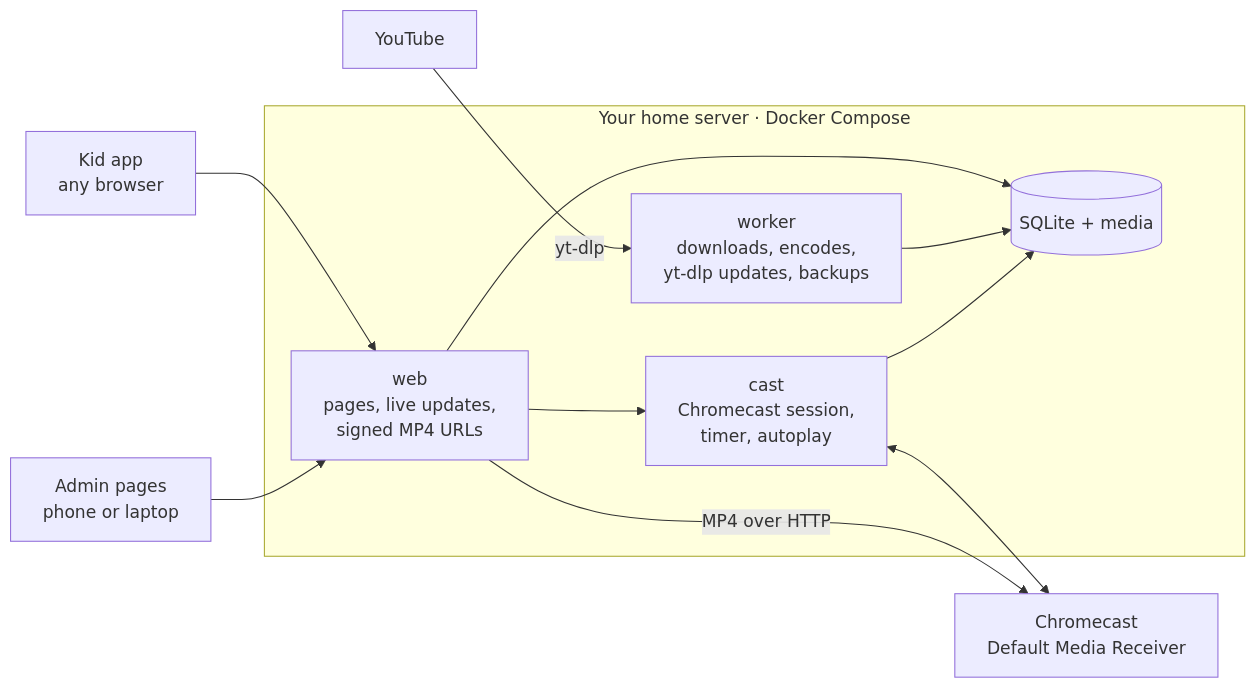
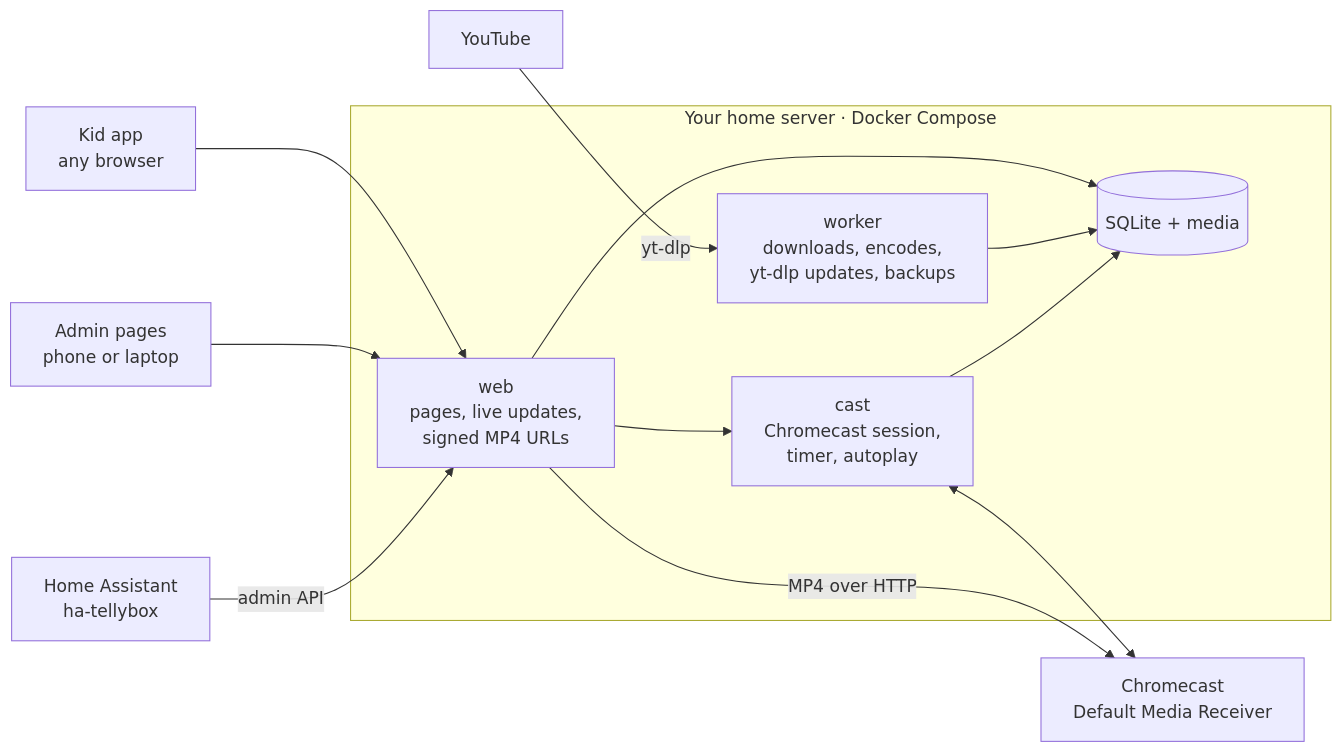
One commit to MattHodge/Tellybox changed the diagram in README.md. Above: the diagram before and after it, drawn with Mermaid. The commit also changed other lines of this file, not shown here.

````diff
--- a/README.md
+++ b/README.md
@@ -92,18 +107,19 @@
 ```mermaid
 flowchart LR
   kid[Kid app<br/>any browser] --> web
   admin[Admin pages<br/>phone or laptop] --> web
+  ha[Home Assistant<br/>ha-tellybox] -- admin API --> web
   yt[YouTube] -- yt-dlp --> worker
   subgraph server[Your home server · Docker Compose]
     web[web<br/>pages, live updates,<br/>signed MP4 URLs]
     worker[worker<br/>downloads, encodes,<br/>yt-dlp updates, backups]
     cast[cast<br/>Chromecast session,<br/>timer, autoplay]
     store[(SQLite + media)]
     web --> cast
     web --> store
     worker --> store
     cast --> store
   end
   cast <--> tv[Chromecast<br/>Default Media Receiver]
   web -- MP4 over HTTP --> tv
 ```
````
